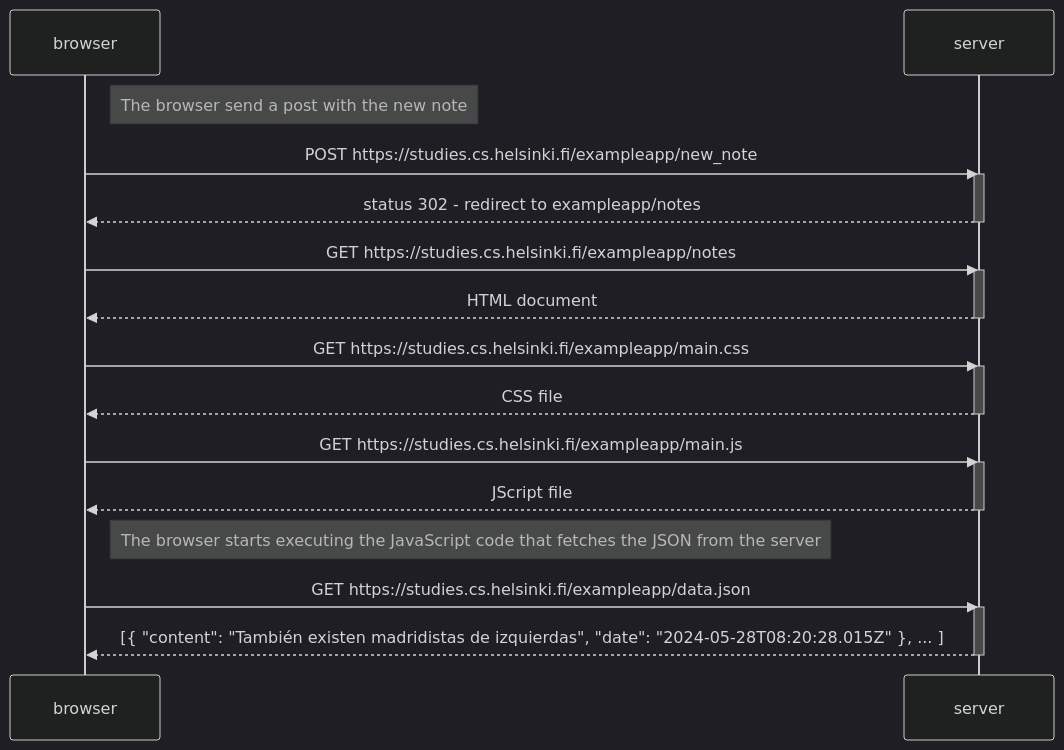
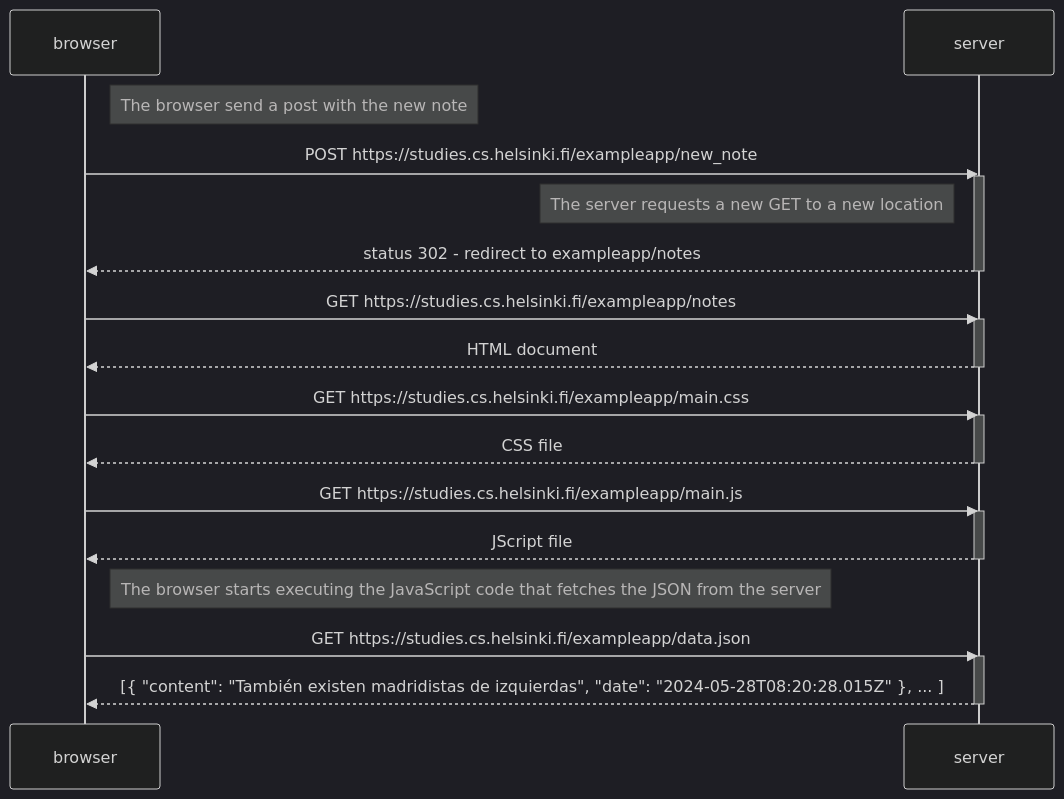
One commit to leandro68/hello-git changed the diagram in README.mmd. Above: the diagram before and after it, drawn with Mermaid (dark theme).

```diff
--- a/README.mmd
+++ b/README.mmd
@@ -1,32 +1,36 @@
 sequenceDiagram
     participant browser
     participant server
 
     Note right of browser: The browser send a post with the new note
 
     browser->>server: POST https://studies.cs.helsinki.fi/exampleapp/new_note
     activate server
+    
+    Note left of server: The server requests a new GET to a new location
     server-->>browser: status 302 - redirect to exampleapp/notes
     deactivate server
+
+     
 
     browser->>server: GET https://studies.cs.helsinki.fi/exampleapp/notes
     activate server
     server-->>browser: HTML document
     deactivate server
 
     browser->>server: GET https://studies.cs.helsinki.fi/exampleapp/main.css
     activate server
     server-->>browser: CSS file
     deactivate server
 
     browser->>server: GET https://studies.cs.helsinki.fi/exampleapp/main.js
     activate server
     server-->>browser: JScript file
     deactivate server
 
     Note right of browser: The browser starts executing the JavaScript code that fetches the JSON from the server
     
     browser->>server: GET https://studies.cs.helsinki.fi/exampleapp/data.json
     activate server
     server-->>browser: [{ "content": "También existen madridistas de izquierdas", "date": "2024-05-28T08:20:28.015Z" }, ... ]
     deactivate server
```
